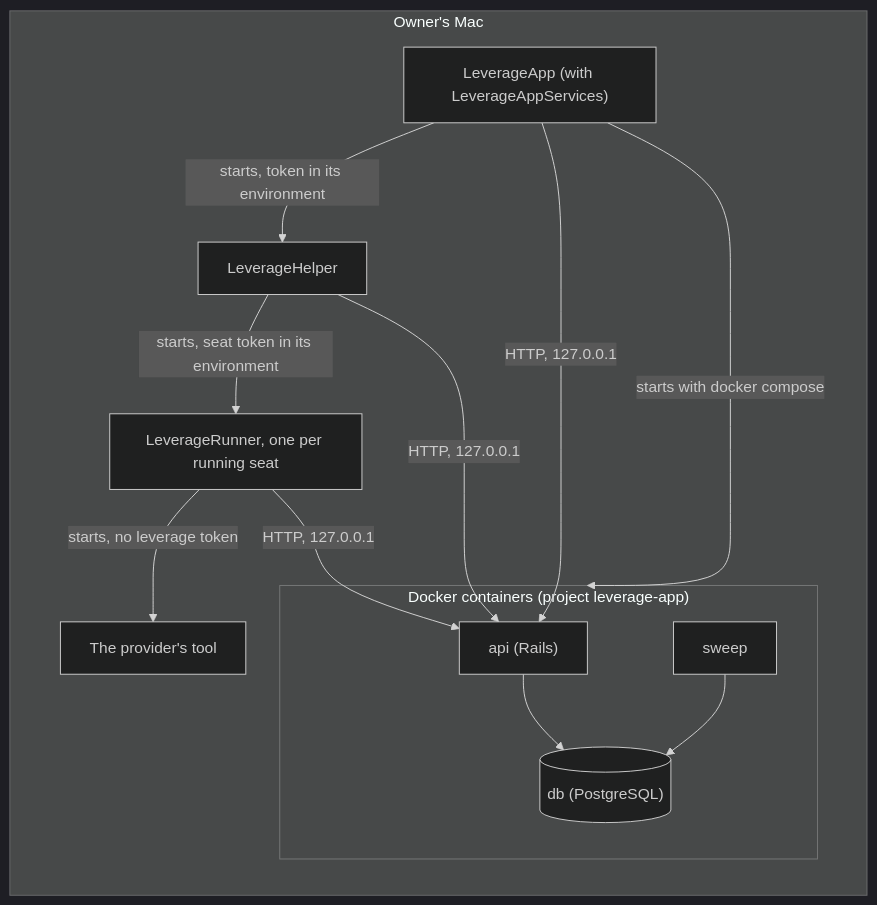
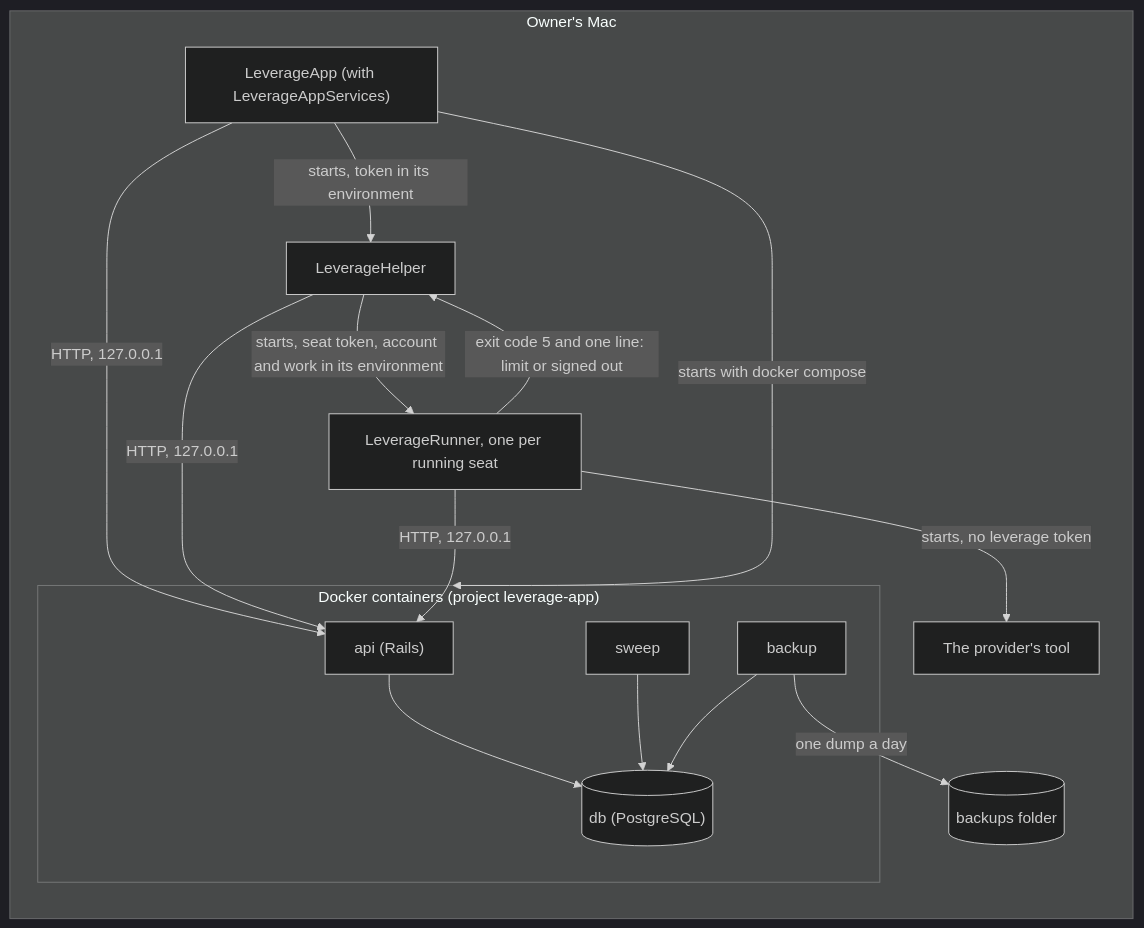
Before and after one commit to yuric/leverage: the diagram in docs/ARCHITECTURE.md, drawn with Mermaid (dark theme). The commit also changed other lines of this file and 7 other files, not shown here.

````diff
--- a/docs/ARCHITECTURE.md
+++ b/docs/ARCHITECTURE.md
@@ -304,23 +304,28 @@
 ```mermaid
 flowchart LR
   subgraph mac["Owner's Mac"]
     app["LeverageApp (with LeverageAppServices)"]
     helper["LeverageHelper"]
     runner["LeverageRunner, one per running seat"]
     tool["The provider's tool"]
+    backups[("backups folder")]
     subgraph docker["Docker containers (project leverage-app)"]
       api["api (Rails)"]
       sweep["sweep"]
+      backup["backup"]
       db[("db (PostgreSQL)")]
     end
   end
   app -- "starts with docker compose" --> docker
   app -- "starts, token in its environment" --> helper
-  helper -- "starts, seat token in its environment" --> runner
+  helper -- "starts, seat token, account and work in its environment" --> runner
+  runner -- "exit code 5 and one line: limit or signed out" --> helper
   runner -- "starts, no leverage token" --> tool
   app -- "HTTP, 127.0.0.1" --> api
   helper -- "HTTP, 127.0.0.1" --> api
   runner -- "HTTP, 127.0.0.1" --> api
   api --> db
   sweep --> db
+  backup --> db
+  backup -- "one dump a day" --> backups
 ```
````
